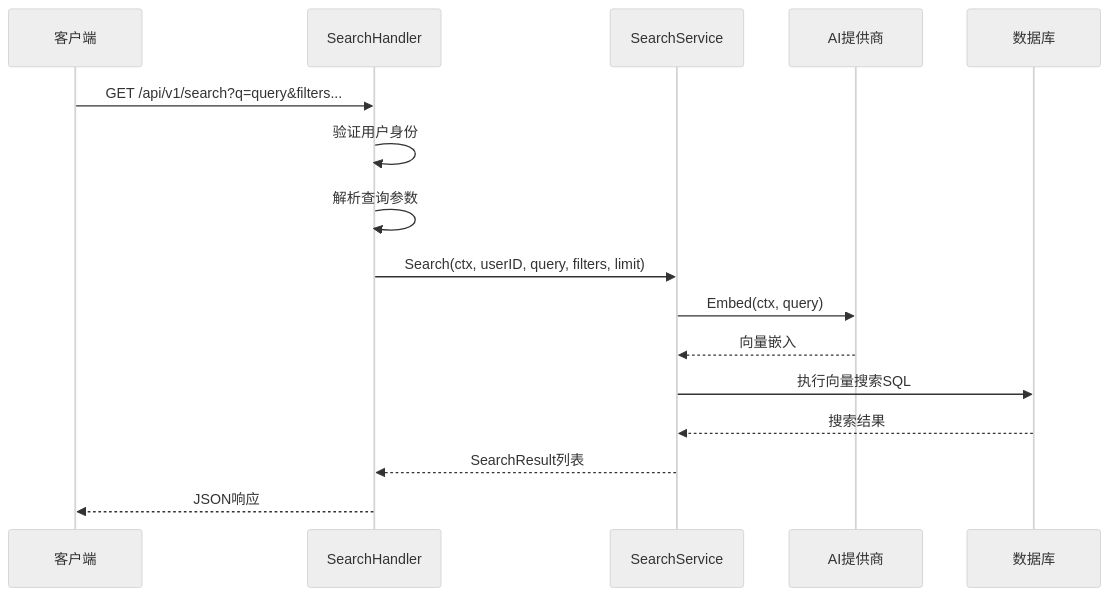
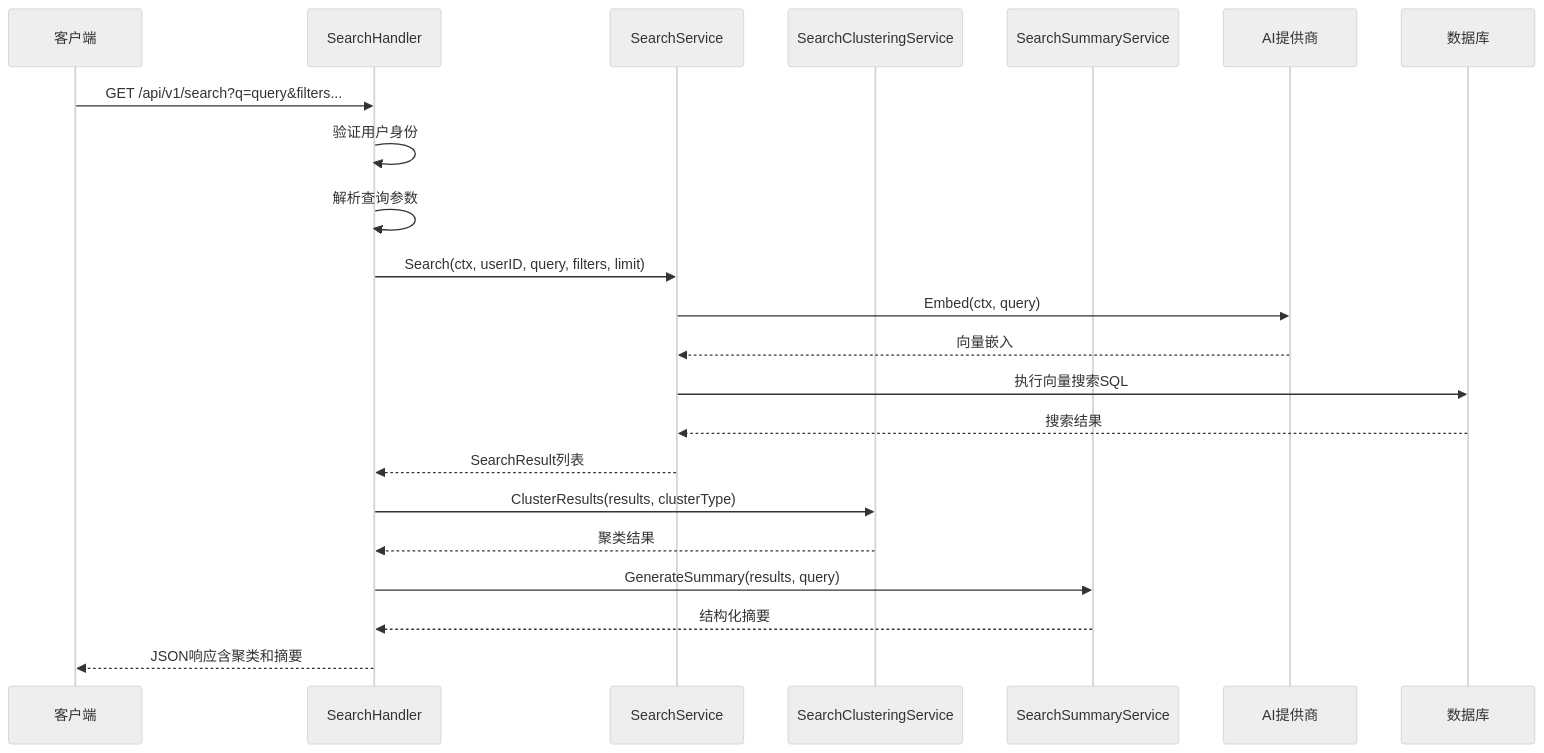
The second of 8 diagrams in .qoder/repowiki/zh/content/核心功能/语义搜索/语义搜索.md (hrygo/echomind), drawn with Mermaid (neutral theme) before and after one commit. The commit also changed other lines of this file and 2 other files, not shown here.

````diff
--- a/.qoder/repowiki/zh/content/核心功能/语义搜索/语义搜索.md
+++ b/.qoder/repowiki/zh/content/核心功能/语义搜索/语义搜索.md
@@ -87,18 +112,24 @@
 ```mermaid
 sequenceDiagram
 participant Client as 客户端
 participant Handler as SearchHandler
 participant Service as SearchService
+participant Clustering as SearchClusteringService
+participant Summarizer as SearchSummaryService
 participant Embedder as AI提供商
 participant DB as 数据库
 Client->>Handler : GET /api/v1/search?q=query&filters...
 Handler->>Handler : 验证用户身份
 Handler->>Handler : 解析查询参数
 Handler->>Service : Search(ctx, userID, query, filters, limit)
 Service->>Embedder : Embed(ctx, query)
 Embedder-->>Service : 向量嵌入
 Service->>DB : 执行向量搜索SQL
 DB-->>Service : 搜索结果
 Service-->>Handler : SearchResult列表
-Handler-->>Client : JSON响应
+Handler->>Clustering : ClusterResults(results, clusterType)
+Clustering-->>Handler : 聚类结果
+Handler->>Summarizer : GenerateSummary(results, query)
+Summarizer-->>Handler : 结构化摘要
+Handler-->>Client : JSON响应含聚类和摘要
 ```
````
